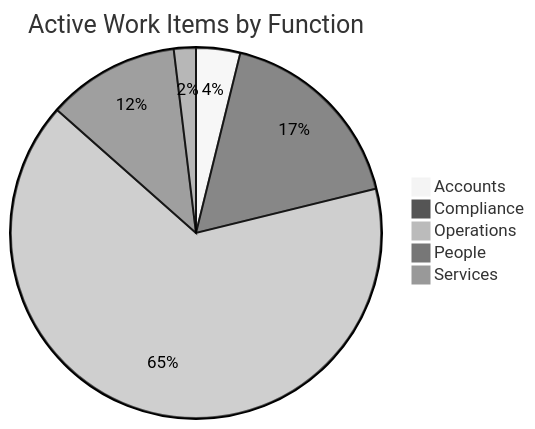
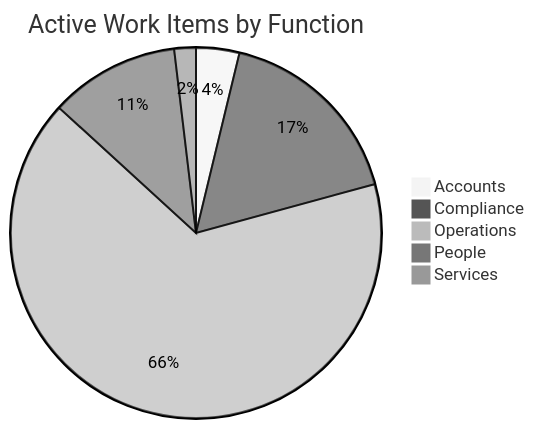
One commit to mgosal/5et.uk changed the first of 3 diagrams in dashboard.md. Above: the diagram before and after it, drawn with Mermaid (neutral theme). The commit also changed other lines of this file and 2 other files, not shown here.

````diff
--- a/dashboard.md
+++ b/dashboard.md
@@ -121,8 +122,8 @@
 ```mermaid
 pie title Active Work Items by Function
     "Accounts" : 2
     "Compliance" : 9
-    "Operations" : 34
+    "Operations" : 35
     "People" : 6
     "Services" : 1
 ```
````
